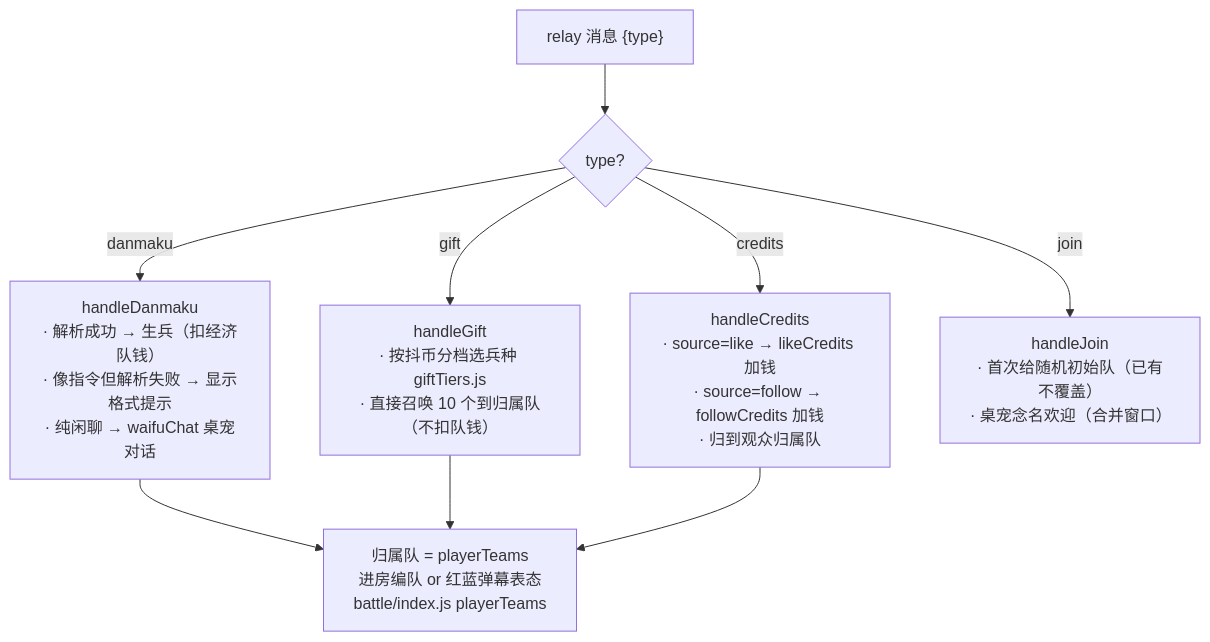
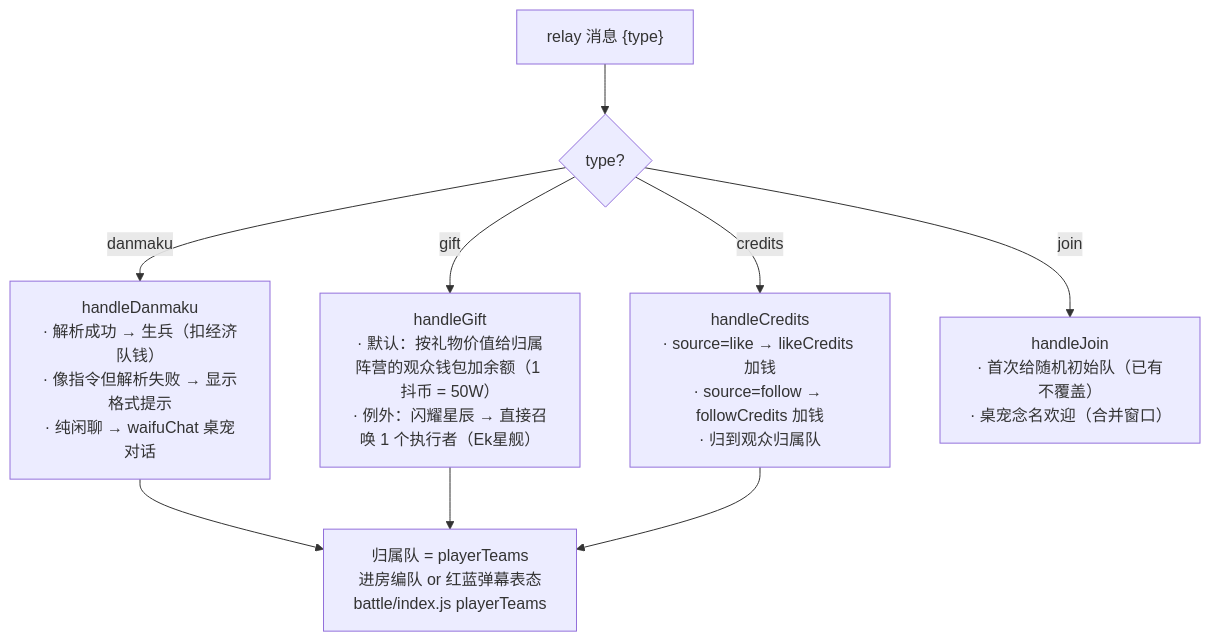
Before and after one commit to gavenna/live-waifu: the fifth of 5 diagrams in docs/游戏机制与运作流程.md, drawn with Mermaid. The commit also changed other lines of this file and 2 other files, not shown here.

First line of the commit message:
docs: 礼物机制改为按价值加余额 + 闪耀星辰直召执行者（手册/机制图/兵种一览同步）

````diff
--- a/docs/游戏机制与运作流程.md
+++ b/docs/游戏机制与运作流程.md
@@ -140,11 +140,11 @@
 ```mermaid
 flowchart TB
   MSG["relay 消息 {type}"] --> T{type?}
 
   T -->|danmaku| D1["handleDanmaku<br/>· 解析成功 → 生兵（扣经济队钱）<br/>· 像指令但解析失败 → 显示格式提示<br/>· 纯闲聊 → waifuChat 桌宠对话"]
-  T -->|gift| D2["handleGift<br/>· 按抖币分档选兵种 giftTiers.js<br/>· 直接召唤 10 个到归属队（不扣队钱）"]
+  T -->|gift| D2["handleGift<br/>· 默认：按礼物价值给归属阵营的观众钱包加余额（1 抖币 = 50W）<br/>· 例外：闪耀星辰 → 直接召唤 1 个执行者（Ek星舰）"]
   T -->|credits| D3["handleCredits<br/>· source=like → likeCredits 加钱<br/>· source=follow → followCredits 加钱<br/>· 归到观众归属队"]
   T -->|join| D4["handleJoin<br/>· 首次给随机初始队（已有不覆盖）<br/>· 桌宠念名欢迎（合并窗口）"]
 
   D1 & D2 & D3 --> TEAM["归属队 = playerTeams<br/>进房编队 or 红蓝弹幕表态<br/>battle/index.js playerTeams"]
 ```
````
